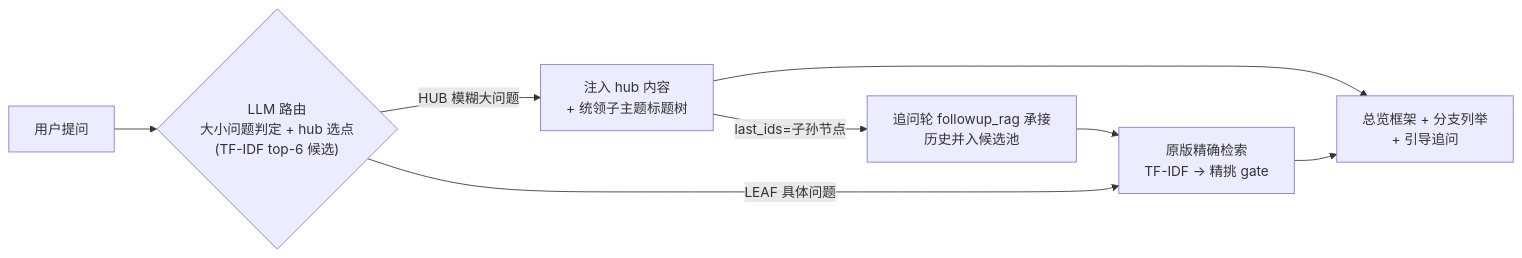
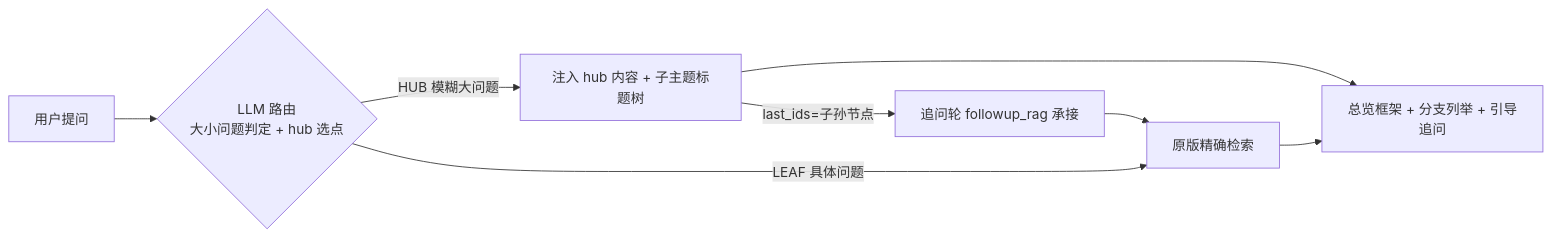
The seventh of 8 diagrams in README.md (Baixiaodou/comm-knowledge-graph), drawn with Mermaid before and after one commit. The commit also changed other lines of this file and 1 other file, not shown here.

````diff
--- a/README.md
+++ b/README.md
@@ -602,10 +406,10 @@
 ```mermaid
 flowchart LR
-    Q["用户提问"] --> R{"LLM 路由<br/>大小问题判定 + hub 选点<br/>(TF-IDF top-6 候选)"}
-    R -->|HUB 模糊大问题| H["注入 hub 内容<br/>+ 统领子主题标题树"]
-    H --> A["总览框架 + 分支列举<br/>+ 引导追问"]
-    R -->|LEAF 具体问题| N["原版精确检索<br/>TF-IDF → 精挑 gate"]
-    H -->|last_ids=子孙节点| F["追问轮 followup_rag 承接<br/>历史并入候选池"]
+    Q["用户提问"] --> R{"LLM 路由<br/>大小问题判定 + hub 选点"}
+    R -->|HUB 模糊大问题| H["注入 hub 内容 + 子主题标题树"]
+    H --> A["总览框架 + 分支列举 + 引导追问"]
+    R -->|LEAF 具体问题| N["原版精确检索"]
+    H -->|last_ids=子孙节点| F["追问轮 followup_rag 承接"]
     F --> N
     N --> A
 ```
````
